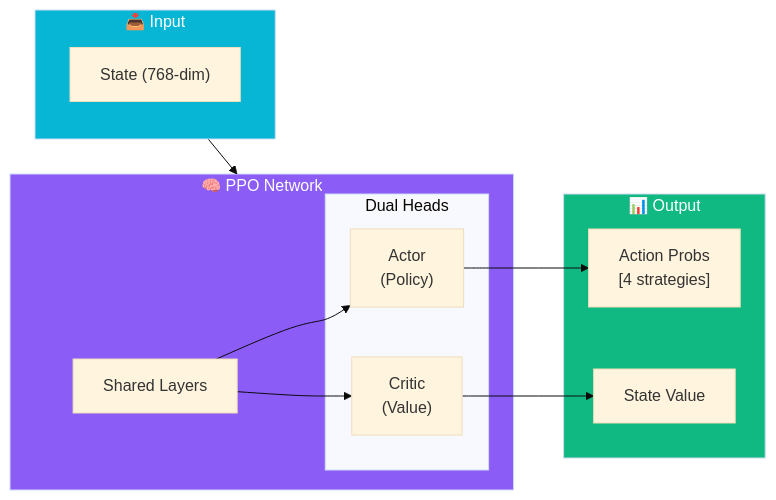
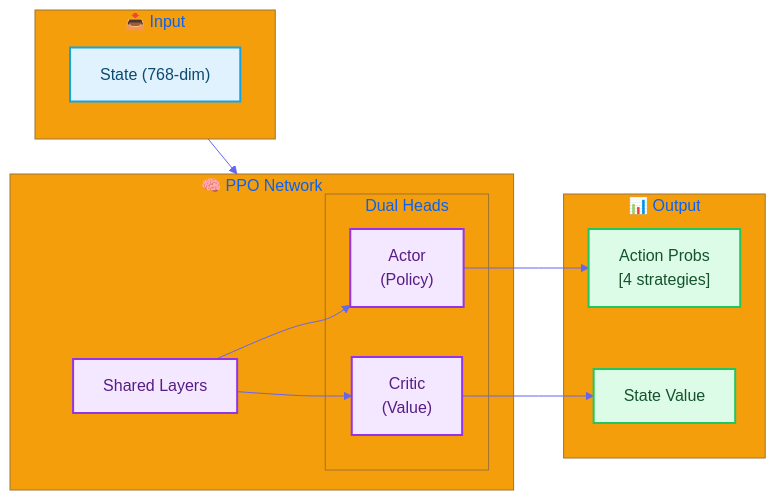
The diagram in docs/modules/RL.md (AluminumShark/Social-Debate-AI), drawn with Mermaid before and after one commit. The commit also changed 5 other files, not shown here.

Commit message:
style(docs): apply consistent bright Mermaid theme to all documentation diagrams

````diff
--- a/docs/modules/RL.md
+++ b/docs/modules/RL.md
@@ -13,29 +13,30 @@
 ```mermaid
-%%{init: {'theme': 'base'}}%%
+%%{init: {'theme': 'base', 'themeVariables': { 'primaryColor': '#4f46e5', 'primaryTextColor': '#fff', 'primaryBorderColor': '#4338ca', 'lineColor': '#6366f1', 'secondaryColor': '#10b981', 'tertiaryColor': '#f59e0b'}}}%%
 flowchart LR
+    %% Styles
+    classDef input fill:#e0f2fe,stroke:#0ea5e9,stroke-width:2px,color:#0c4a6e;
+    classDef network fill:#f3e8ff,stroke:#9333ea,stroke-width:2px,color:#581c87;
+    classDef output fill:#dcfce7,stroke:#22c55e,stroke-width:2px,color:#14532d;
+
     subgraph Input["📥 Input"]
-        S["State (768-dim)"]
+        S["State (768-dim)"]:::input
     end
 
     subgraph Network["🧠 PPO Network"]
-        SH["Shared Layers"]
+        SH["Shared Layers"]:::network
         subgraph Heads["Dual Heads"]
-            A["Actor<br/>(Policy)"]
-            C["Critic<br/>(Value)"]
+            A["Actor<br/>(Policy)"]:::network
+            C["Critic<br/>(Value)"]:::network
         end
         SH --> A & C
     end
 
     subgraph Output["📊 Output"]
-        P["Action Probs<br/>[4 strategies]"]
-        V["State Value"]
+        P["Action Probs<br/>[4 strategies]"]:::output
+        V["State Value"]:::output
     end
 
     Input --> Network
     A --> P
     C --> V
-
-    style Input fill:#06b6d4,color:#fff
-    style Network fill:#8b5cf6,color:#fff
-    style Output fill:#10b981,color:#fff
 ```
````
